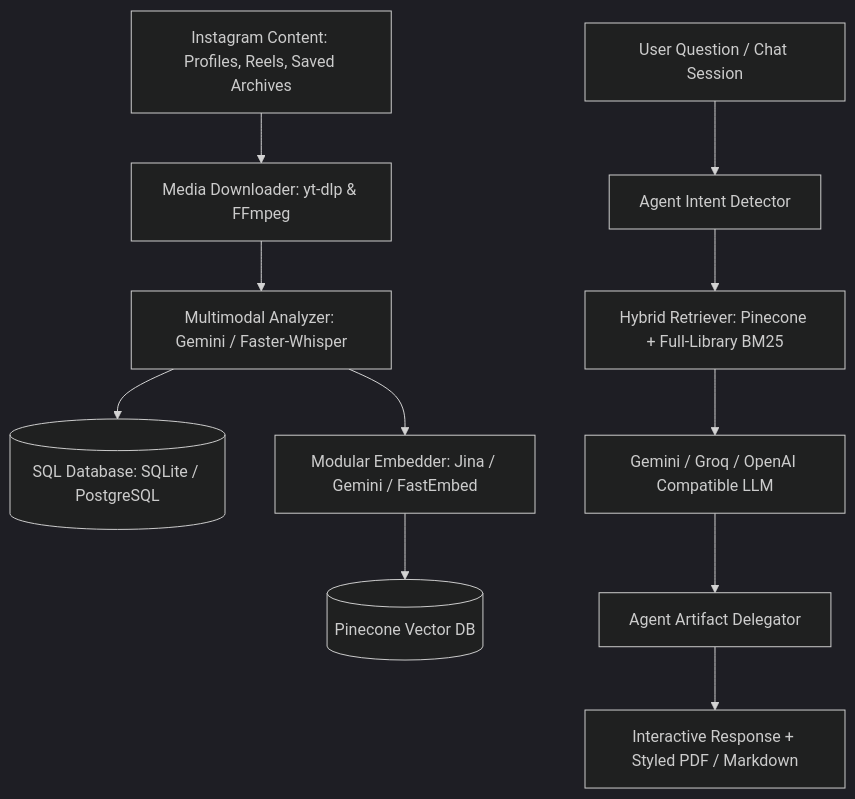
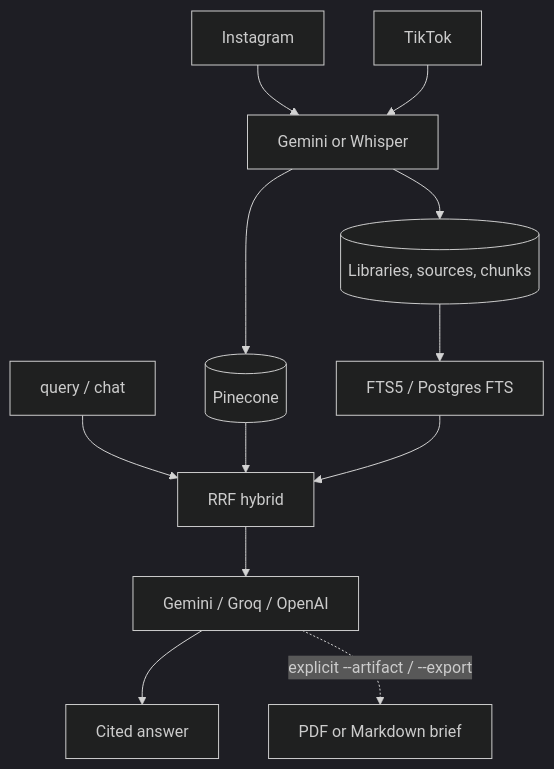
Before and after one commit to Xan007/creator-to-rag: the diagram in README.md, drawn with Mermaid (dark theme). The commit also changed other lines of this file and 32 other files, not shown here.

````diff
--- a/README.md
+++ b/README.md
@@ -79,14 +73,15 @@
 ```mermaid
 flowchart TD
-    IG[Instagram Content: Profiles, Reels, Saved Archives] --> Downloader[Media Downloader: yt-dlp & FFmpeg]
-    Downloader --> Analyzer[Multimodal Analyzer: Gemini / Faster-Whisper]
-    Analyzer --> DB[(SQL Database: SQLite / PostgreSQL)]
-    Analyzer --> Embedder[Modular Embedder: Jina / Gemini / FastEmbed]
-    Embedder --> VectorDB[(Pinecone Vector DB)]
-    
-    UserQuery[User Question / Chat Session] --> Detector[Agent Intent Detector]
-    Detector --> Retriever[Hybrid Retriever: Pinecone + Full-Library BM25]
-    Retriever --> LLM[Gemini / Groq / OpenAI Compatible LLM]
-    LLM --> Delegator[Agent Artifact Delegator]
-    Delegator --> Output[Interactive Response + Styled PDF / Markdown]
+    IG[Instagram] --> Extract
+    TT[TikTok] --> Extract
+    Extract[Gemini or Whisper]
+    Extract --> SQL[(Libraries, sources, chunks)]
+    Extract --> PC[(Pinecone)]
+    SQL --> FTS[FTS5 / Postgres FTS]
+    Q[query / chat] --> Hybrid[RRF hybrid]
+    PC --> Hybrid
+    FTS --> Hybrid
+    Hybrid --> LLM[Gemini / Groq / OpenAI]
+    LLM --> Out[Cited answer]
+    LLM -.->|explicit --artifact / --export| PDF[PDF or Markdown brief]
 ```
````
